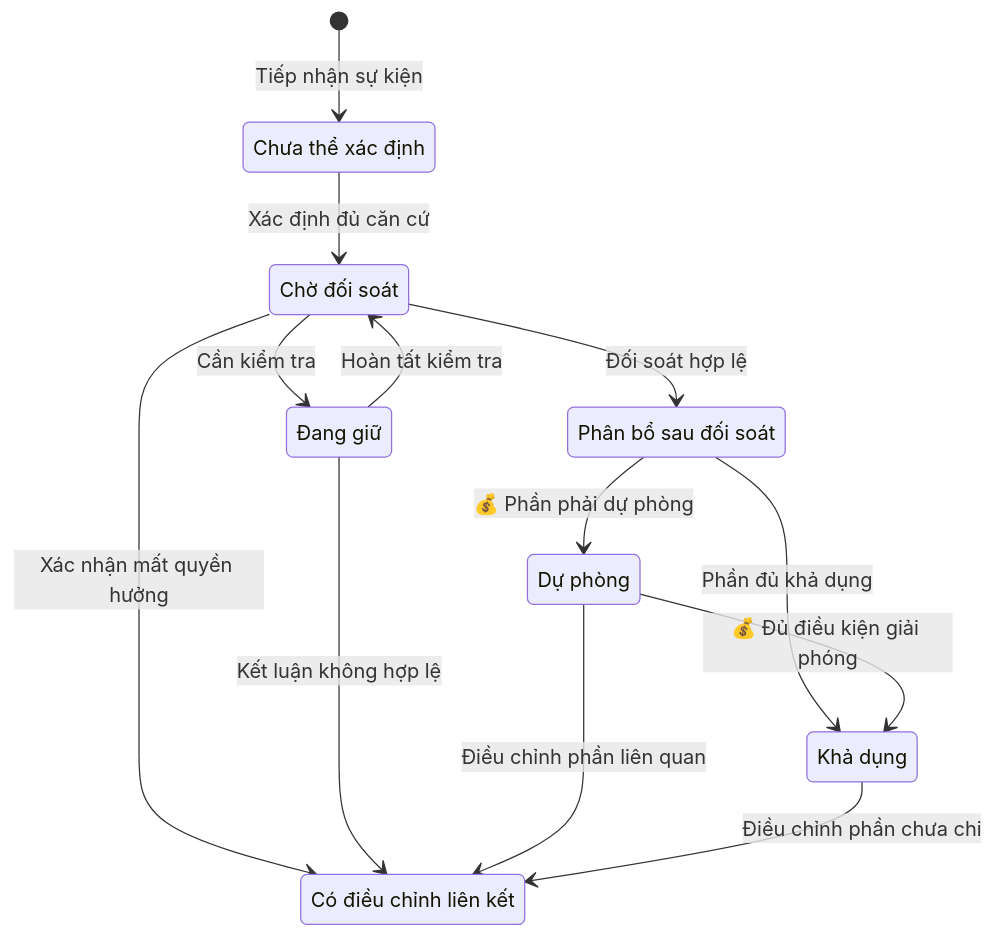
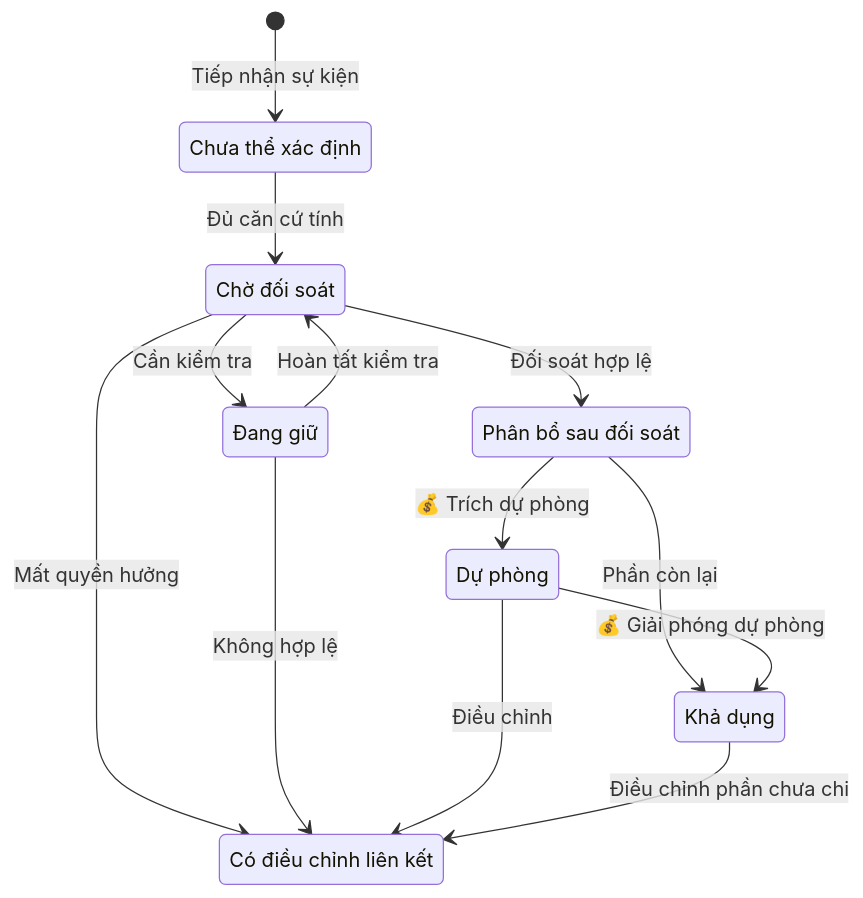
One commit to vlink-group/VlinkPay changed the ninth of 10 diagrams in nexora/docs/business/oneqr-sponsor-override.md. Above: the diagram before and after it, drawn with Mermaid. The commit also changed other lines of this file, not shown here.

````diff
--- a/nexora/docs/business/oneqr-sponsor-override.md
+++ b/nexora/docs/business/oneqr-sponsor-override.md
@@ -405,22 +429,22 @@
 ```mermaid
 stateDiagram-v2
     state "Chưa thể xác định" as Unresolved
     state "Chờ đối soát" as Pending
     state "Đang giữ" as Held
     state "Phân bổ sau đối soát" as Allocation
     state "Dự phòng" as Reserve
     state "Khả dụng" as Available
     state "Có điều chỉnh liên kết" as Adjusted
     [*] --> Unresolved : Tiếp nhận sự kiện
-    Unresolved --> Pending : Xác định đủ căn cứ
+    Unresolved --> Pending : Đủ căn cứ tính
     Pending --> Held : Cần kiểm tra
     Held --> Pending : Hoàn tất kiểm tra
     Pending --> Allocation : Đối soát hợp lệ
-    Allocation --> Reserve : 💰 Phần phải dự phòng
-    Allocation --> Available : Phần đủ khả dụng
-    Reserve --> Available : 💰 Đủ điều kiện giải phóng
-    Pending --> Adjusted : Xác nhận mất quyền hưởng
-    Held --> Adjusted : Kết luận không hợp lệ
-    Reserve --> Adjusted : Điều chỉnh phần liên quan
+    Allocation --> Reserve : 💰 Trích dự phòng
+    Allocation --> Available : Phần còn lại
+    Reserve --> Available : 💰 Giải phóng dự phòng
+    Pending --> Adjusted : Mất quyền hưởng
+    Held --> Adjusted : Không hợp lệ
+    Reserve --> Adjusted : Điều chỉnh
     Available --> Adjusted : Điều chỉnh phần chưa chi
 ```
````
